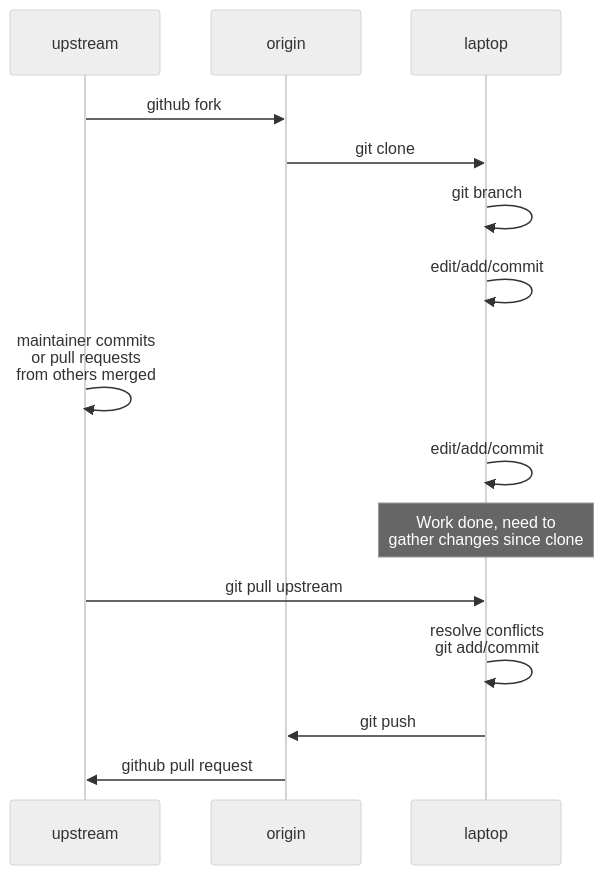
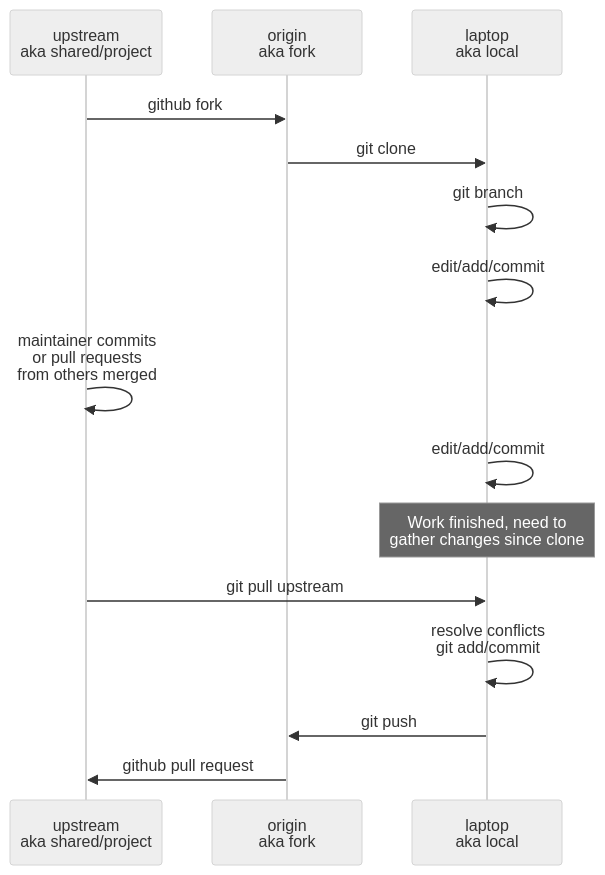
The first of 2 diagrams in quarto_course/skills/github_collaboration.Rmd (howisonlab/open_source_software_course), drawn with Mermaid (neutral theme) before and after one commit. The commit also changed 23 other files, not shown here.

````diff
--- a/quarto_course/skills/github_collaboration.Rmd
+++ b/quarto_course/skills/github_collaboration.Rmd
@@ -47,19 +47,24 @@
 ```{mermaid}
 sequenceDiagram
+    participant upstream AS upstream<br />aka shared/project
+    participant origin AS origin<br />aka fork
+    participant laptop AS laptop<br /> aka local
+    
     upstream ->>origin : github fork
     origin ->>laptop : git clone
+
     
     laptop ->>laptop : git branch
     laptop ->>laptop : edit/add/commit
     
     upstream ->>upstream : maintainer commits<br />or pull requests<br />from others merged
 
     laptop ->>laptop : edit/add/commit
     
-    note over laptop : Work done, need to<br />gather changes since clone
+    note over laptop : Work finished, need to<br />gather changes since clone
     
     upstream ->>laptop : git pull upstream 
     laptop ->>laptop : resolve conflicts<br />git add/commit
     laptop ->>origin : git push
     origin ->>upstream : github pull request
 ```
````
